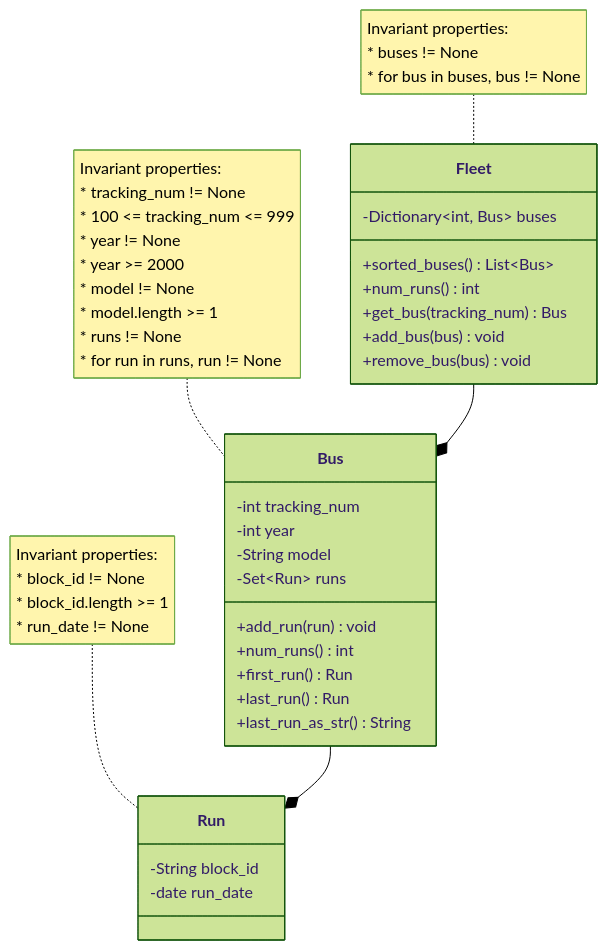
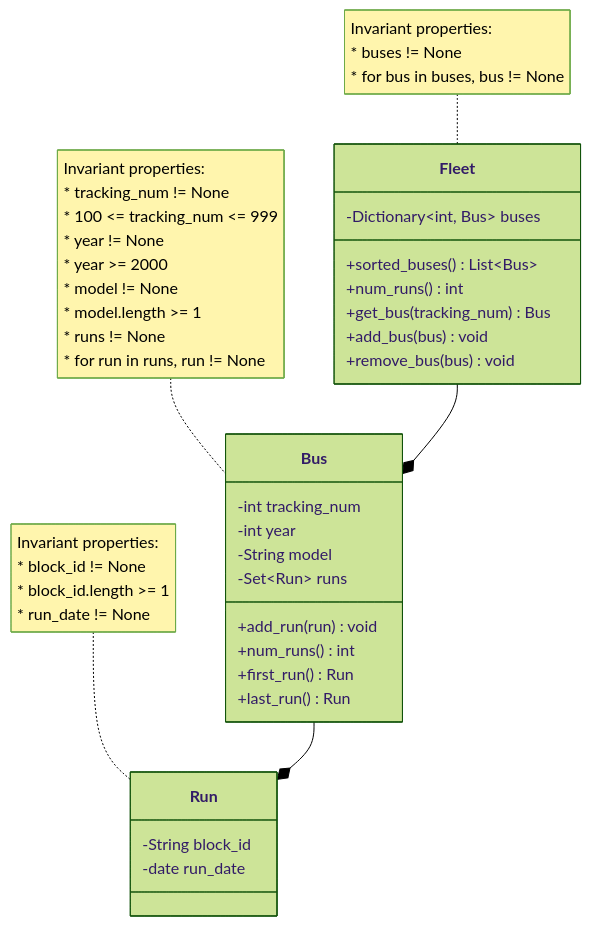
The diagram in domain.md (Michel-Prejet/zeb-tracker), drawn with Mermaid (forest theme) before and after one commit. The commit also changed 15 other files, not shown here.

````diff
--- a/domain.md
+++ b/domain.md
@@ -5,56 +5,55 @@
 ```mermaid
 classDiagram
     class Fleet {
         -Dictionary~int, Bus~ buses
         
         +sorted_buses() List~Bus~
         +num_runs() int
         +get_bus(tracking_num) Bus
         +add_bus(bus) void
         +remove_bus(bus) void
     }
     
     note for Fleet"Invariant properties:
     * buses != None
     * for bus in buses, bus != None
     "
     
     Fleet --* Bus
     
     class Bus {
         -int tracking_num
         -int year
         -String model
         -Set~Run~ runs
         
         +add_run(run) void
         +num_runs() int
         +first_run() Run
         +last_run() Run
-        +last_run_as_str() String
     }
 
     note for Bus "Invariant properties:
     * tracking_num != None
     * 100 <= tracking_num <= 999
     * year != None
     * year >= 2000
     * model != None
     * model.length >= 1
     * runs != None
     * for run in runs, run != None
     "
     
     Bus --* Run
     
     class Run {
         -String block_id
         -date run_date
     }
     
     note for Run"Invariant properties:
     * block_id != None
     * block_id.length >= 1
     * run_date != None
     "
 ```
````
